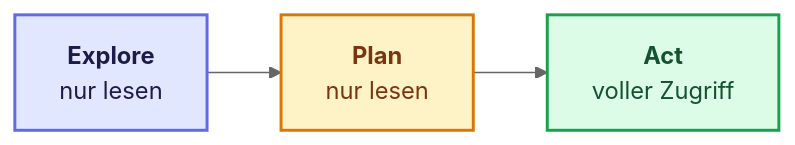
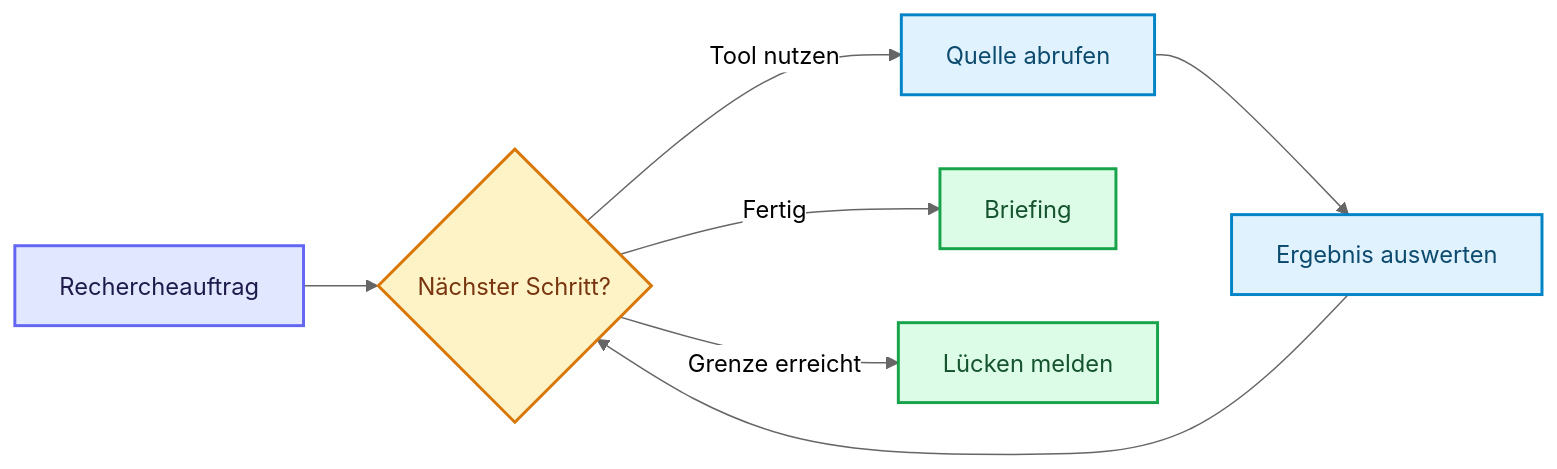
Before and after one commit to ralf-42/Agenten: the sixth of 8 diagrams in docs/04-agenten-implementierung/entwurf/agent-architekturen.md, drawn with Mermaid (neutral theme). The commit also changed other lines of this file and 12 other files, not shown here.

````diff
--- a/docs/04-agenten-implementierung/entwurf/agent-architekturen.md
+++ b/docs/04-agenten-implementierung/entwurf/agent-architekturen.md
@@ -312,13 +180,14 @@
 ```mermaid
 flowchart LR
-    E["<b>Explore</b><br/>nur lesen"] --> P["<b>Plan</b><br/>nur lesen"] --> A["<b>Act</b><br/>voller Zugriff"]
-
+    Q["Rechercheauftrag"] --> D{"Nächster Schritt?"}
+    D -->|Tool nutzen| T["Quelle abrufen"] --> O["Ergebnis auswerten"] --> D
+    D -->|Fertig| B["Briefing"]
+    D -->|Grenze erreicht| H["Lücken melden"]
     classDef default fill:#e0f2fe,stroke:#0284c7,stroke-width:2px,color:#0c4a6e;
     classDef input fill:#e0e7ff,stroke:#6366f1,stroke-width:2px,color:#1e1b4b;
     classDef metric fill:#fef3c7,stroke:#d97706,stroke-width:2px,color:#78350f;
     classDef output fill:#dcfce7,stroke:#16a34a,stroke-width:2px,color:#14532d;
-
-    class E input;
-    class P metric;
-    class A output;
+    class Q input;
+    class D metric;
+    class B,H output;
 ```
````
